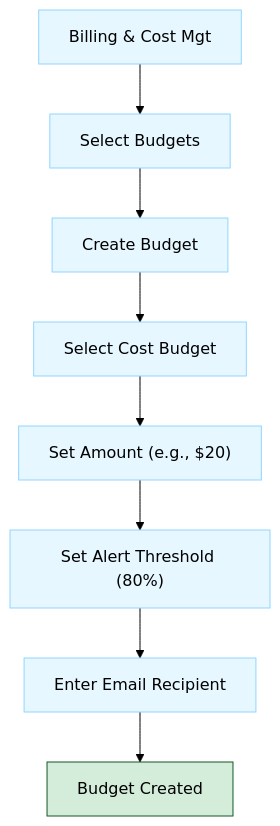
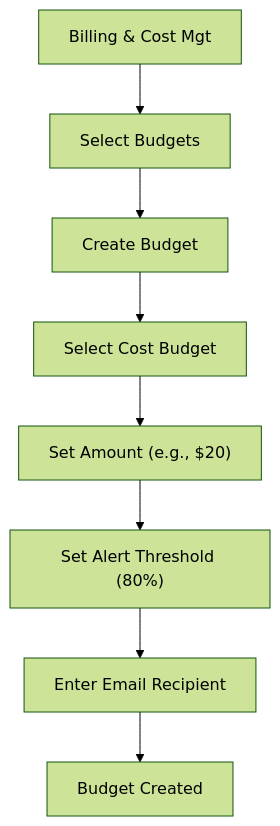
One commit to sujith-eag/sujith-library changed the third of 3 diagrams in docs/dev-cloud/cclab/lab_1.md. Above: the diagram before and after it, drawn with Mermaid (forest theme). The commit also changed other lines of this file and 41 other files, not shown here.

First line of the commit message:
Refactor diagrams and remove redundant styles in documentation

````diff
--- a/docs/dev-cloud/cclab/lab_1.md
+++ b/docs/dev-cloud/cclab/lab_1.md
@@ -167,16 +148,10 @@
 ```mermaid
 flowchart TD
     Billing[Billing & Cost Mgt] --> Features[Select Budgets]
     Features --> CreateB[Create Budget]
     CreateB --> Type[Select Cost Budget]
     Type --> Details["Set Amount (e.g., $20)"]
     Details --> Alert["Set Alert Threshold (80%)"]
     Alert --> Email[Enter Email Recipient]
     Email --> Finalize[Budget Created]
-
-    classDef process fill:#e6f7ff,stroke:#91d5ff
-    classDef success fill:#d4edda,stroke:#155724
-
-    class Billing,Features,CreateB,Type,Details,Alert,Email process
-    class Finalize success
 ```
````
